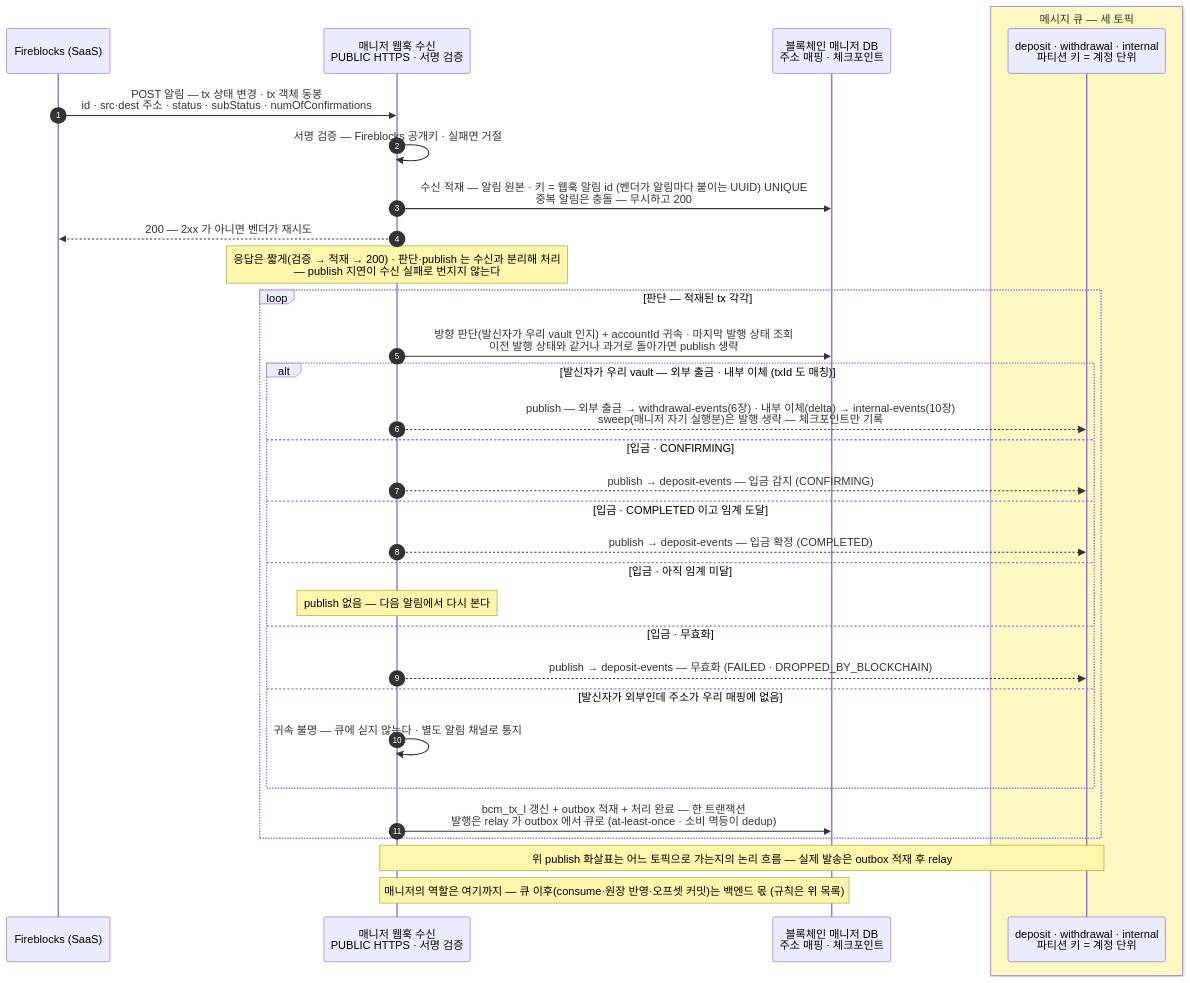
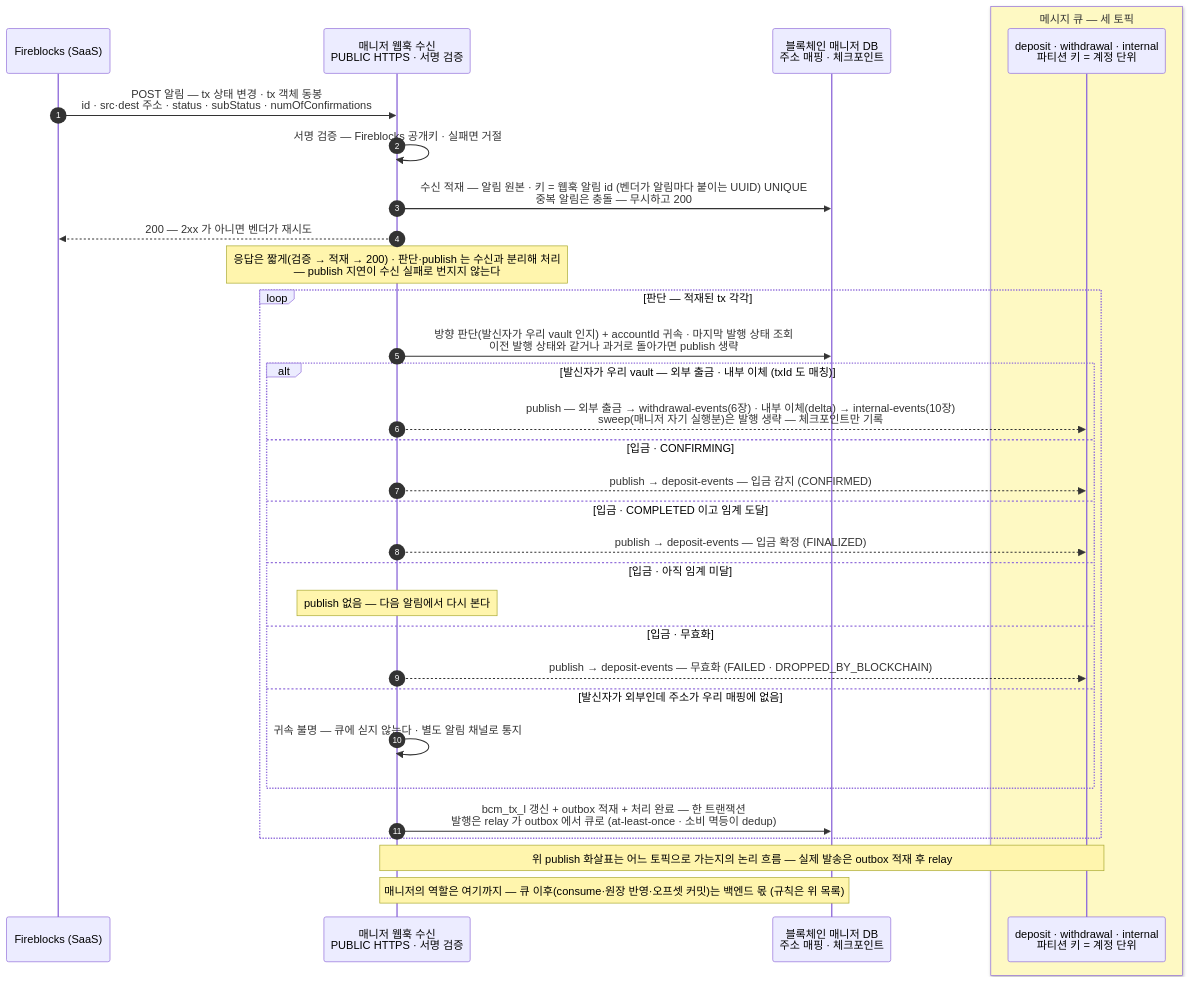
Before and after one commit to eunsujeo/eunpus: the first of 2 diagrams in blockchain-manager/docs/블록체인매니저/설계/04-detect-confirm.md, drawn with Mermaid. The commit also changed other lines of this file and 17 other files, not shown here.

First line of the commit message:
TxStatus 계약 어휘 개명 — CONFIRMING→CONFIRMED, COMPLETED→FINALIZED

````diff
--- a/blockchain-manager/docs/블록체인매니저/설계/04-detect-confirm.md
+++ b/blockchain-manager/docs/블록체인매니저/설계/04-detect-confirm.md
@@ -78,36 +80,36 @@
 ```mermaid
 sequenceDiagram
     autonumber
     participant FB as Fireblocks (SaaS)
     participant WH as 매니저 웹훅 수신<br/>PUBLIC HTTPS · 서명 검증
     participant MDB as 블록체인 매니저 DB<br/>주소 매핑 · 체크포인트
     box rgb(254,249,195) 메시지 큐 — 세 토픽
     participant MQ as deposit · withdrawal · internal<br/>파티션 키 = 계정 단위
     end
 
     FB->>WH: POST 알림 — tx 상태 변경 · tx 객체 동봉<br/>id · src·dest 주소 · status · subStatus · numOfConfirmations
     WH->>WH: 서명 검증 — Fireblocks 공개키 · 실패면 거절
     WH->>MDB: 수신 적재 — 알림 원본 · 키 = 웹훅 알림 id (벤더가 알림마다 붙이는 UUID) UNIQUE<br/>중복 알림은 충돌 — 무시하고 200
     WH-->>FB: 200 — 2xx 가 아니면 벤더가 재시도
     Note over WH: 응답은 짧게(검증 → 적재 → 200) · 판단·publish 는 수신과 분리해 처리<br/>— publish 지연이 수신 실패로 번지지 않는다
 
     loop 판단 — 적재된 tx 각각
         WH->>MDB: 방향 판단(발신자가 우리 vault 인지) + accountId 귀속 · 마지막 발행 상태 조회<br/>이전 발행 상태와 같거나 과거로 돌아가면 publish 생략
         alt 발신자가 우리 vault — 외부 출금 · 내부 이체 (txId 도 매칭)
             WH-->>MQ: publish — 외부 출금 → withdrawal-events(6장) · 내부 이체(delta) → internal-events(10장)<br/>sweep(매니저 자기 실행분)은 발행 생략 — 체크포인트만 기록
         else 입금 · CONFIRMING
-            WH-->>MQ: publish → deposit-events — 입금 감지 (CONFIRMING)
+            WH-->>MQ: publish → deposit-events — 입금 감지 (CONFIRMED)
         else 입금 · COMPLETED 이고 임계 도달
-            WH-->>MQ: publish → deposit-events — 입금 확정 (COMPLETED)
+            WH-->>MQ: publish → deposit-events — 입금 확정 (FINALIZED)
         else 입금 · 아직 임계 미달
             Note over WH: publish 없음 — 다음 알림에서 다시 본다
         else 입금 · 무효화
             WH-->>MQ: publish → deposit-events — 무효화 (FAILED · DROPPED_BY_BLOCKCHAIN)
         else 발신자가 외부인데 주소가 우리 매핑에 없음
             WH->>WH: 귀속 불명 — 큐에 싣지 않는다 · 별도 알림 채널로 통지
         end
         WH->>MDB: bcm_tx_l 갱신 + outbox 적재 + 처리 완료 — 한 트랜잭션<br/>발행은 relay 가 outbox 에서 큐로 (at-least-once · 소비 멱등이 dedup)
     end
     Note over WH,MQ: 위 publish 화살표는 어느 토픽으로 가는지의 논리 흐름 — 실제 발송은 outbox 적재 후 relay
     Note over WH,MDB: 매니저의 역할은 여기까지 — 큐 이후(consume·원장 반영·오프셋 커밋)는 백엔드 몫 (규칙은 위 목록)
 ```
````
